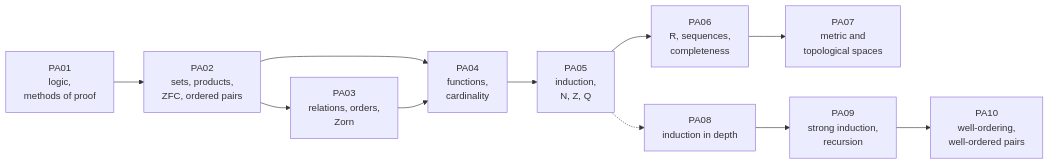
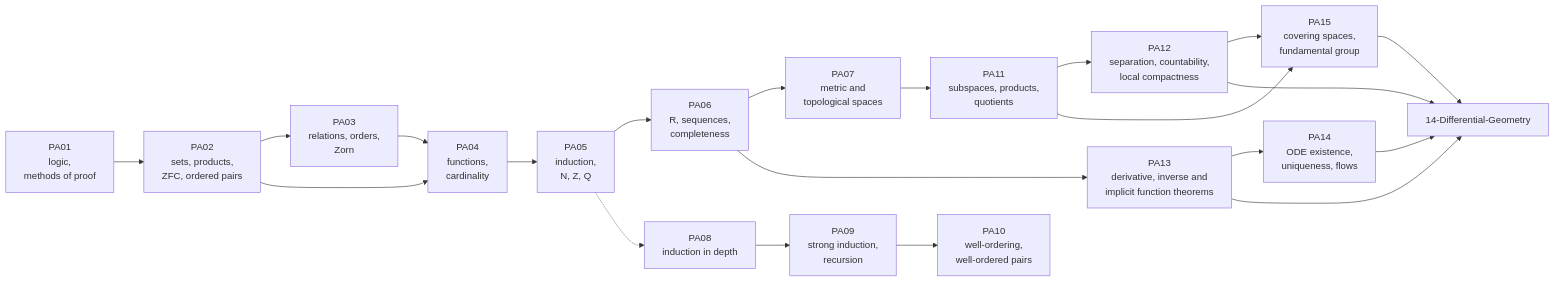
Before and after one commit to etswastik712/notes: the diagram in 11-Proofs-Analysis-Topology/Proofs, Analysis and Topology - Course Map.md, drawn with Mermaid. The commit also changed other lines of this file and 230 other files, not shown here.

````diff
--- a/11-Proofs-Analysis-Topology/Proofs, Analysis and Topology - Course Map.md
+++ b/11-Proofs-Analysis-Topology/Proofs, Analysis and Topology - Course Map.md
@@ -27,13 +27,23 @@
 ```mermaid
 flowchart LR
   A["PA01<br/>logic,<br/>methods of proof"] --> B["PA02<br/>sets, products,<br/>ZFC, ordered pairs"]
   B --> C["PA03<br/>relations, orders,<br/>Zorn"]
   B --> D["PA04<br/>functions,<br/>cardinality"]
   C --> D
   D --> E["PA05<br/>induction,<br/>N, Z, Q"]
   E --> F["PA06<br/>R, sequences,<br/>completeness"]
   F --> G["PA07<br/>metric and<br/>topological spaces"]
   E -.-> H["PA08<br/>induction in depth"]
   H --> I["PA09<br/>strong induction,<br/>recursion"]
   I --> J["PA10<br/>well-ordering,<br/>well-ordered pairs"]
+  G --> K["PA11<br/>subspaces, products,<br/>quotients"]
+  K --> L["PA12<br/>separation, countability,<br/>local compactness"]
+  F --> M["PA13<br/>derivative, inverse and<br/>implicit function theorems"]
+  M --> N["PA14<br/>ODE existence,<br/>uniqueness, flows"]
+  L --> O["PA15<br/>covering spaces,<br/>fundamental group"]
+  K --> O
+  L --> P["14-Differential-Geometry"]
+  M --> P
+  N --> P
+  O --> P
 ```
````
